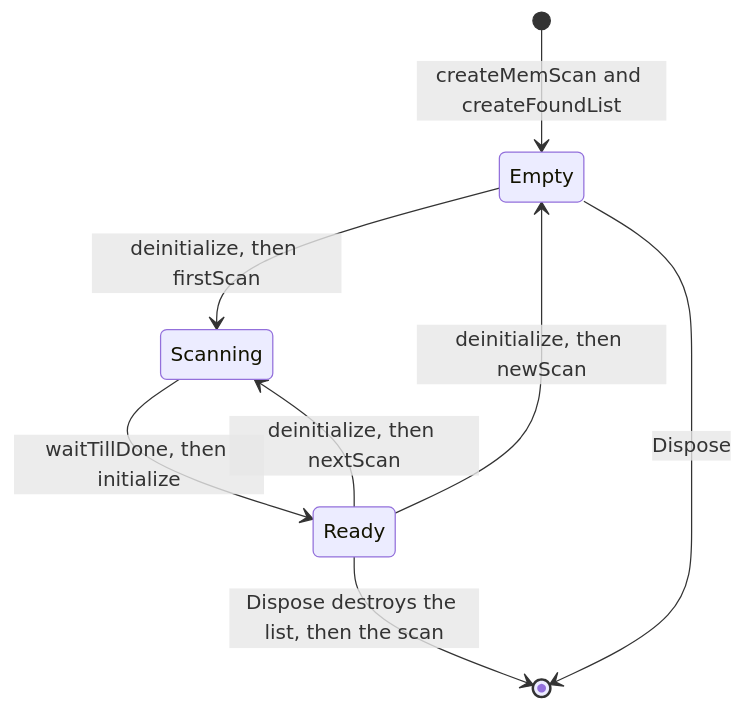
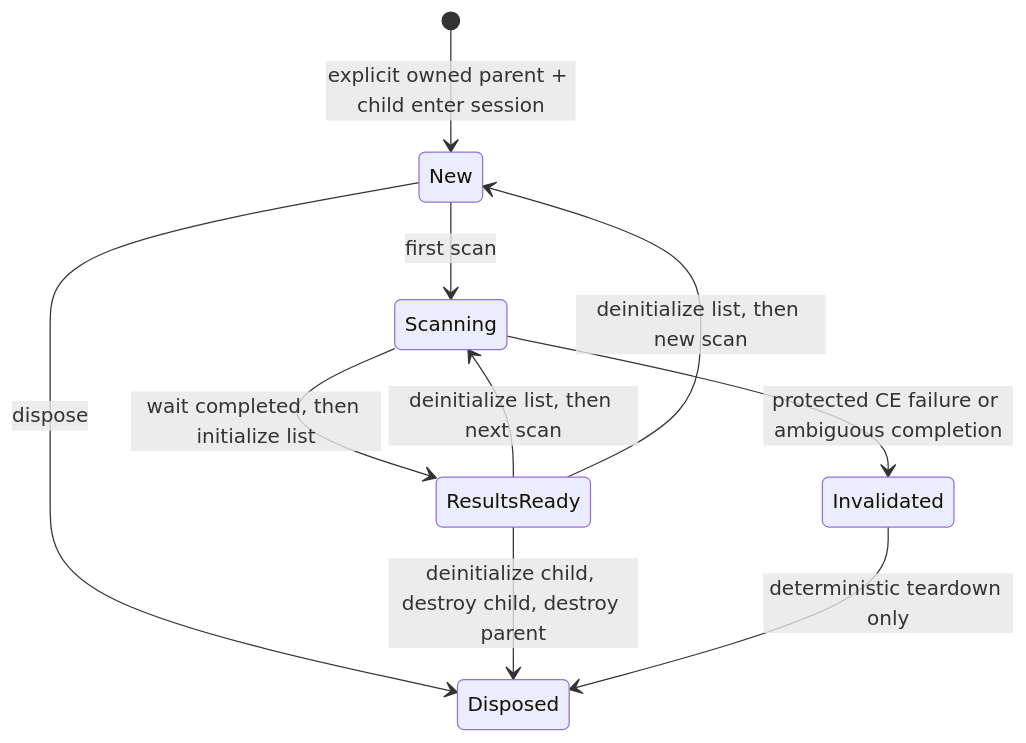
Before and after one commit to CheatEngineNet/CheatEngine.SDK: the diagram in exemples/06-value-scans/README.md, drawn with Mermaid. The commit also changed other lines of this file and 429 other files, not shown here.

````diff
--- a/exemples/06-value-scans/README.md
+++ b/exemples/06-value-scans/README.md
@@ -38,10 +35,12 @@
 ```mermaid
 stateDiagram-v2
-    [*] --> Empty: createMemScan and createFoundList
-    Empty --> Scanning: deinitialize, then firstScan
-    Scanning --> Ready: waitTillDone, then initialize
-    Ready --> Scanning: deinitialize, then nextScan
-    Ready --> Empty: deinitialize, then newScan
-    Ready --> [*]: Dispose destroys the list, then the scan
-    Empty --> [*]: Dispose
+    [*] --> New: explicit owned parent + child enter session
+    New --> Scanning: first scan
+    Scanning --> ResultsReady: wait completed, then initialize list
+    ResultsReady --> Scanning: deinitialize list, then next scan
+    ResultsReady --> New: deinitialize list, then new scan
+    New --> Disposed: dispose
+    ResultsReady --> Disposed: deinitialize child, destroy child, destroy parent
+    Scanning --> Invalidated: protected CE failure or ambiguous completion
+    Invalidated --> Disposed: deterministic teardown only
 ```
````
